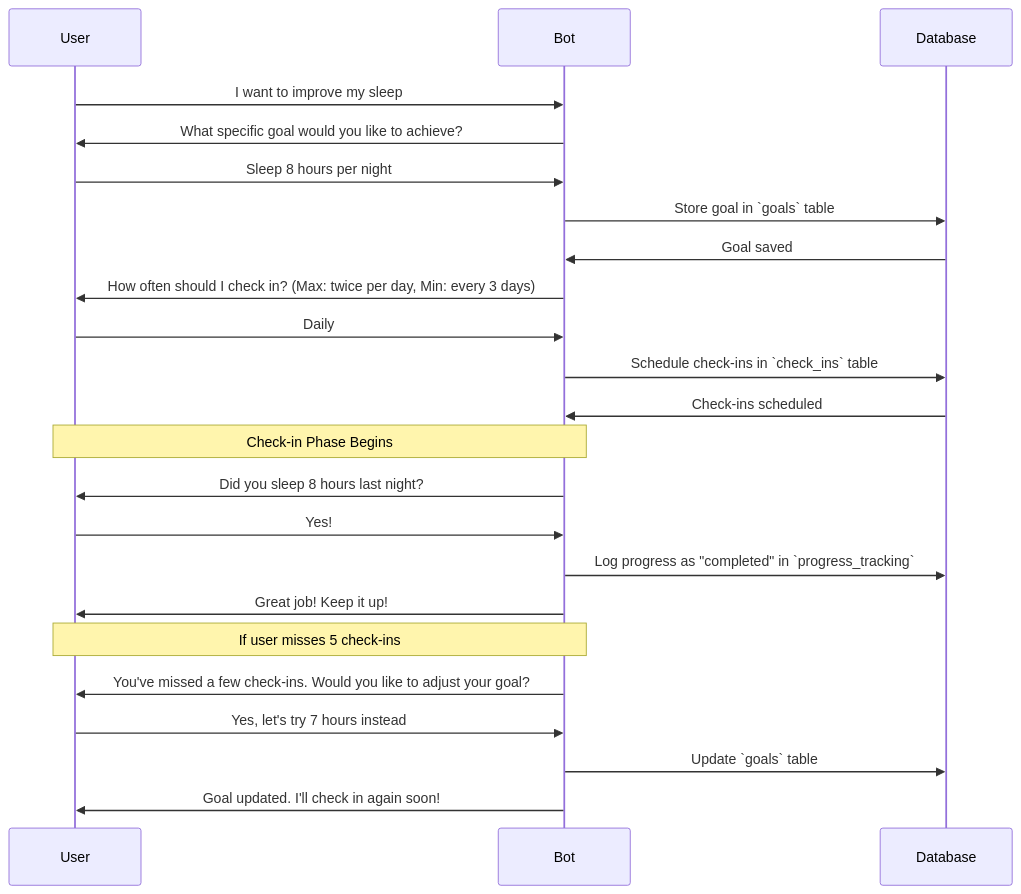
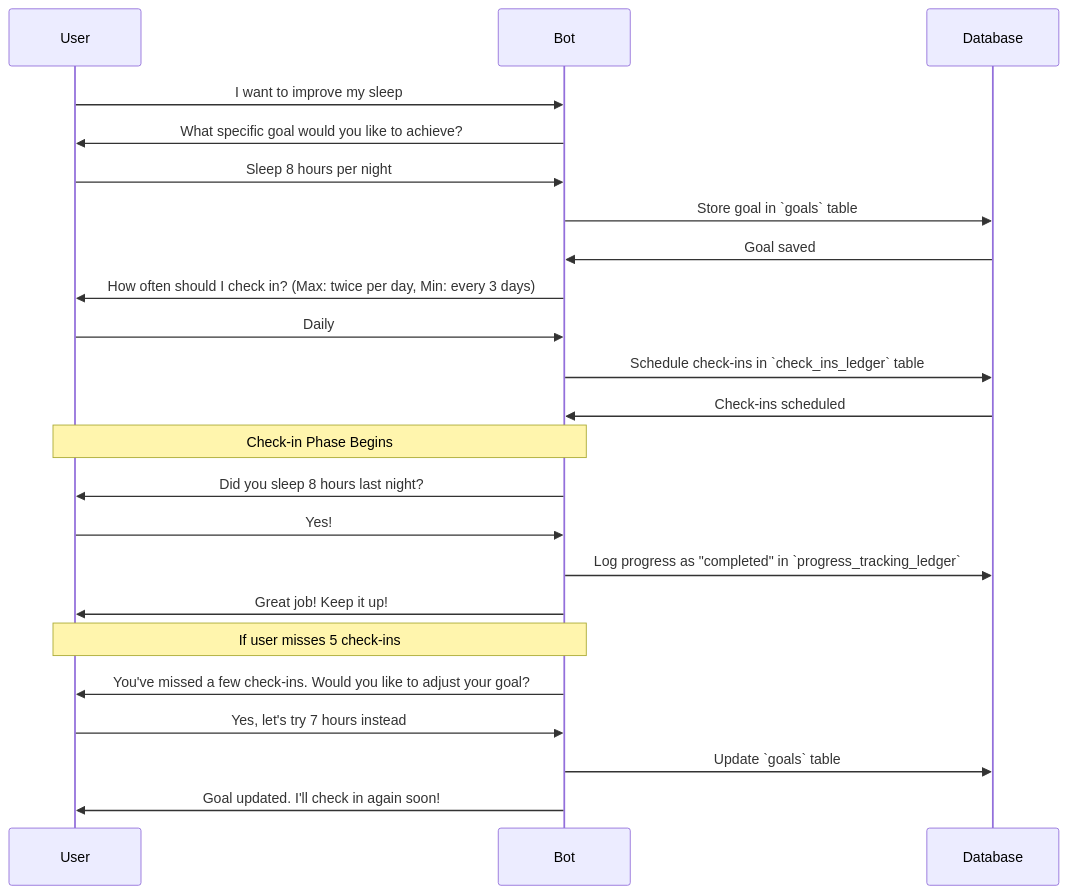
The second of 4 diagrams in TECH-SPEC.md (TheodoreChuang/habita), drawn with Mermaid before and after one commit. The commit also changed other lines of this file, not shown here.

Commit message:
docs: Update Proactive Coaching & Check-ins spec

````diff
--- a/TECH-SPEC.md
+++ b/TECH-SPEC.md
@@ -272,33 +289,33 @@
     ```mermaid
     sequenceDiagram
       participant User
       participant Bot
       participant Database
 
       User->>Bot: I want to improve my sleep
       Bot->>User: What specific goal would you like to achieve?
       User->>Bot: Sleep 8 hours per night
       Bot->>Database: Store goal in `goals` table
       Database->>Bot: Goal saved
 
       Bot->>User: How often should I check in? (Max: twice per day, Min: every 3 days)
       User->>Bot: Daily
-      Bot->>Database: Schedule check-ins in `check_ins` table
+      Bot->>Database: Schedule check-ins in `check_ins_ledger` table
       Database->>Bot: Check-ins scheduled
 
       Note over User,Bot: Check-in Phase Begins
 
       Bot->>User: Did you sleep 8 hours last night?
       User->>Bot: Yes!
-      Bot->>Database: Log progress as "completed" in `progress_tracking`
+      Bot->>Database: Log progress as "completed" in `progress_tracking_ledger`
 
       Bot->>User: Great job! Keep it up!
 
       Note over User,Bot: If user misses 5 check-ins
 
       Bot->>User: You've missed a few check-ins. Would you like to adjust your goal?
       User->>Bot: Yes, let's try 7 hours instead
       Bot->>Database: Update `goals` table
 
       Bot->>User: Goal updated. I'll check in again soon!
     ```
````
